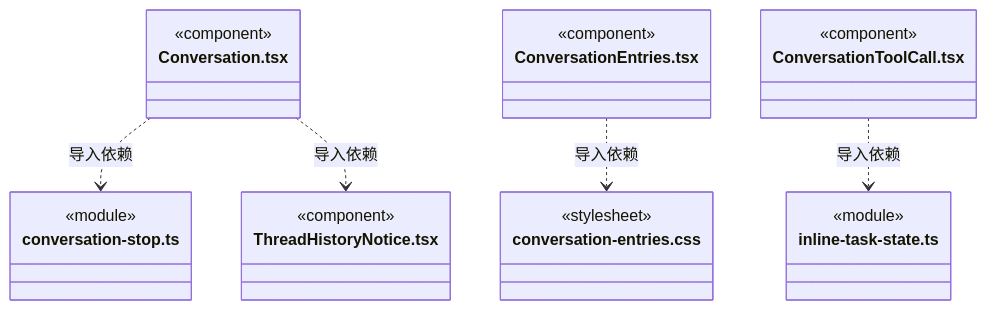
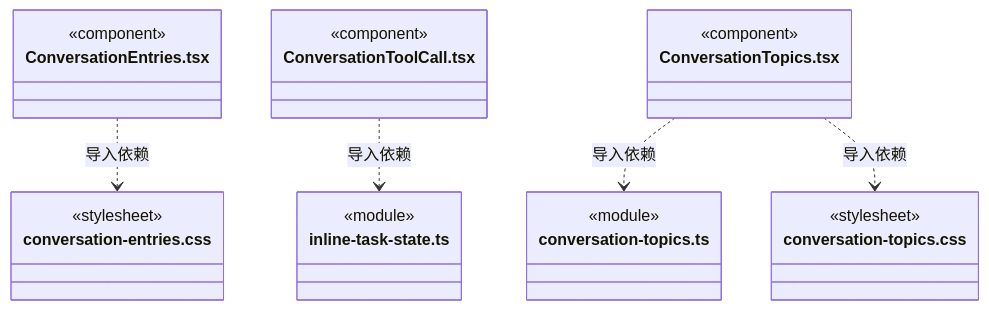
Diagram 46 of 51 in src/view/conversation/ARCHITECTURE.md (nan023062/cbim), drawn with Mermaid before and after one commit. The commit also changed other lines of this file and 87 other files, not shown here.

````diff
--- a/src/view/conversation/ARCHITECTURE.md
+++ b/src/view/conversation/ARCHITECTURE.md
@@ -715,28 +715,28 @@
 ```mermaid
 classDiagram
-class N_src_view_conversation_Conversation_tsx["Conversation.tsx"] {
-  <<component>>
-}
-class N_src_view_conversation_conversation_stop_ts["conversation-stop.ts"] {
-  <<module>>
-}
-class N_src_view_conversation_ThreadHistoryNotice_tsx["ThreadHistoryNotice.tsx"] {
-  <<component>>
-}
 class N_src_view_conversation_ConversationEntries_tsx["ConversationEntries.tsx"] {
   <<component>>
 }
 class N_src_view_conversation_conversation_entries_css["conversation-entries.css"] {
   <<stylesheet>>
 }
 class N_src_view_conversation_ConversationToolCall_tsx["ConversationToolCall.tsx"] {
   <<component>>
 }
 class N_src_view_conversation_inline_task_state_ts["inline-task-state.ts"] {
   <<module>>
 }
-N_src_view_conversation_Conversation_tsx ..> N_src_view_conversation_conversation_stop_ts : 导入依赖
-N_src_view_conversation_Conversation_tsx ..> N_src_view_conversation_ThreadHistoryNotice_tsx : 导入依赖
+class N_src_view_conversation_ConversationTopics_tsx["ConversationTopics.tsx"] {
+  <<component>>
+}
+class N_src_view_conversation_conversation_topics_ts["conversation-topics.ts"] {
+  <<module>>
+}
+class N_src_view_conversation_conversation_topics_css["conversation-topics.css"] {
+  <<stylesheet>>
+}
 N_src_view_conversation_ConversationEntries_tsx ..> N_src_view_conversation_conversation_entries_css : 导入依赖
 N_src_view_conversation_ConversationToolCall_tsx ..> N_src_view_conversation_inline_task_state_ts : 导入依赖
+N_src_view_conversation_ConversationTopics_tsx ..> N_src_view_conversation_conversation_topics_ts : 导入依赖
+N_src_view_conversation_ConversationTopics_tsx ..> N_src_view_conversation_conversation_topics_css : 导入依赖
 ```
````
